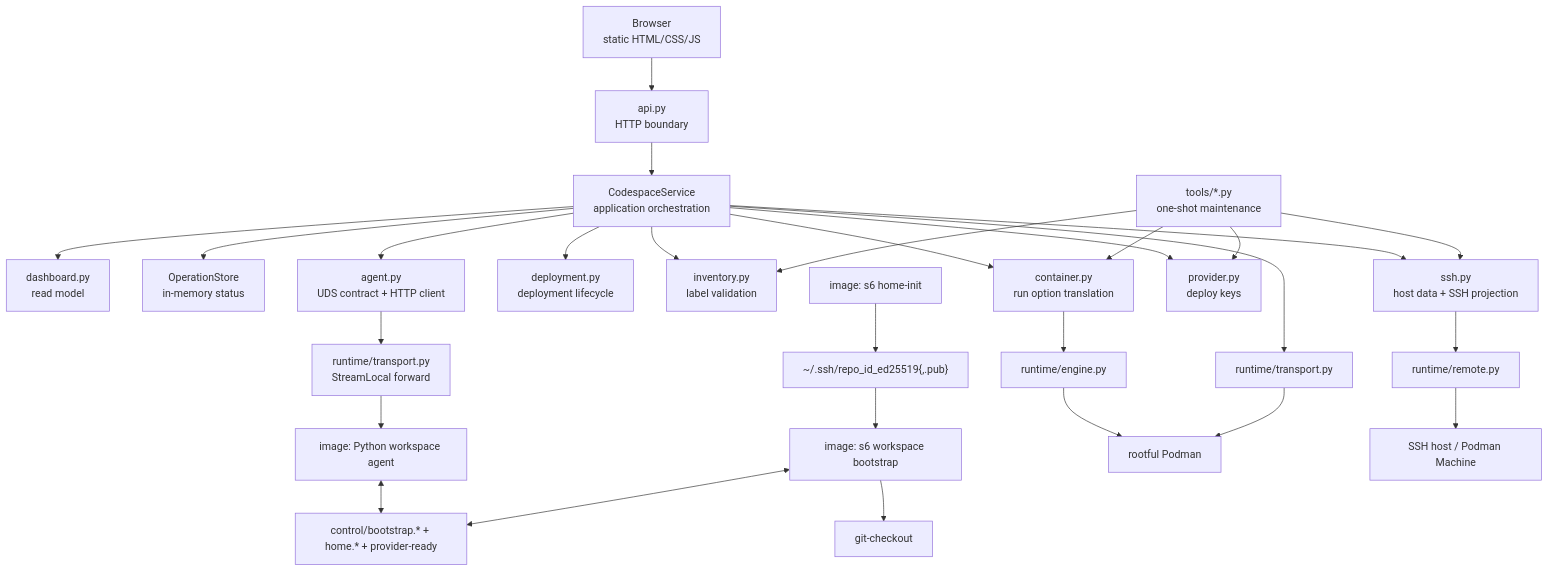
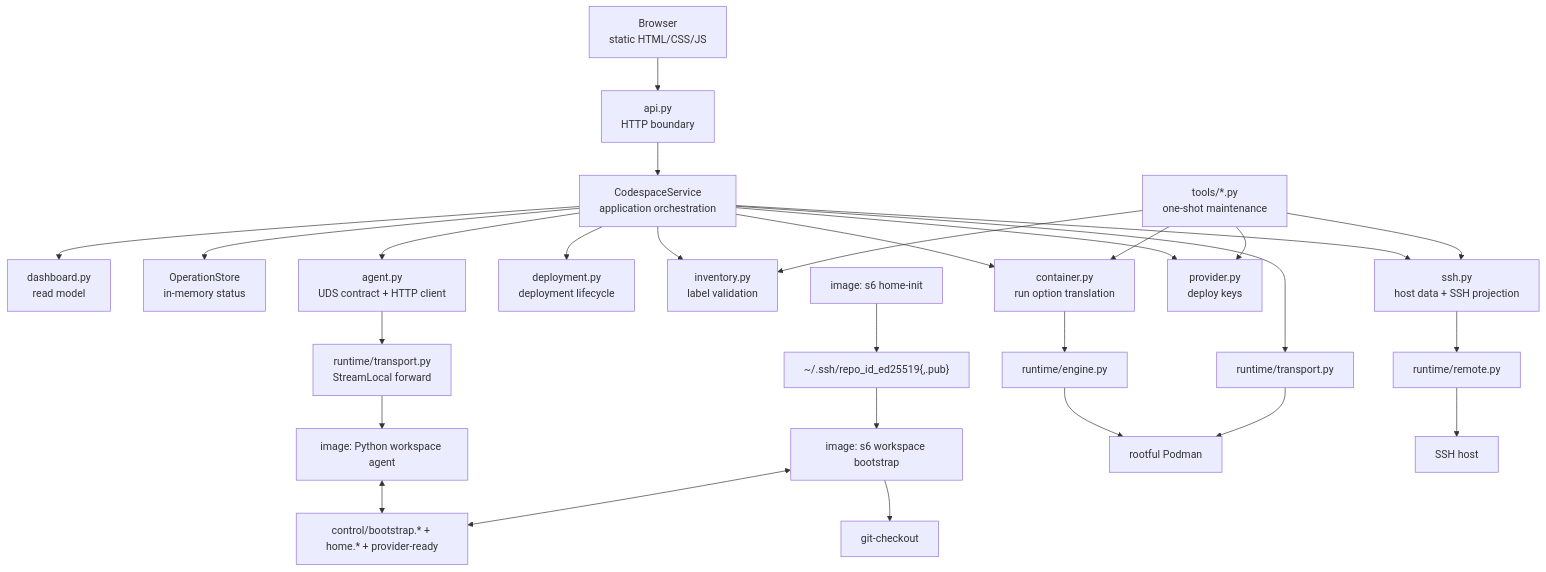
The second of 9 diagrams in controller/DESIGN.md (curoky/codespace), drawn with Mermaid before and after one commit. The commit also changed other lines of this file and 23 other files, not shown here.

First line of the commit message:
refactor: complete overhual of SSH and Podman transport stack

````diff
--- a/controller/DESIGN.md
+++ b/controller/DESIGN.md
@@ -54,32 +54,32 @@
 ```mermaid
 flowchart TB
     Browser["Browser<br/>static HTML/CSS/JS"] --> API["api.py<br/>HTTP boundary"]
     API --> Service["CodespaceService<br/>application orchestration"]
     Service --> Dashboard["dashboard.py<br/>read model"]
     Service --> Operations["OperationStore<br/>in-memory status"]
     Service --> Agent["agent.py<br/>UDS contract + HTTP client"]
     Service --> Deployment["deployment.py<br/>deployment lifecycle"]
     Service --> Inventory["inventory.py<br/>label validation"]
     Service --> Container["container.py<br/>run option translation"]
     Service --> SSH["ssh.py<br/>host data + SSH projection"]
     Service --> Provider["provider.py<br/>deploy keys"]
 
     CLI["tools/*.py<br/>one-shot maintenance"] --> Inventory
     CLI --> Container
     CLI --> SSH
     CLI --> Provider
 
     Container --> Engine["runtime/engine.py"]
     Agent --> Tunnel["runtime/transport.py<br/>StreamLocal forward"]
     Tunnel --> ImageAgent["image: Python workspace agent"]
     HomeInit["image: s6 home-init"] --> DeployKeyPair["~/.ssh/repo_id_ed25519{,.pub}"]
     DeployKeyPair --> ImageBootstrap["image: s6 workspace bootstrap"]
     ImageBootstrap --> CheckoutHelper["git-checkout"]
     ImageAgent <--> BootstrapState["control/bootstrap.* + home.* + provider-ready"]
     ImageBootstrap <--> BootstrapState
     SSH --> Remote["runtime/remote.py"]
     Service --> Transport["runtime/transport.py"]
     Engine --> Podman["rootful Podman"]
     Transport --> Podman
-    Remote --> Host["SSH host / Podman Machine"]
+    Remote --> Host["SSH host"]
 ```
````
